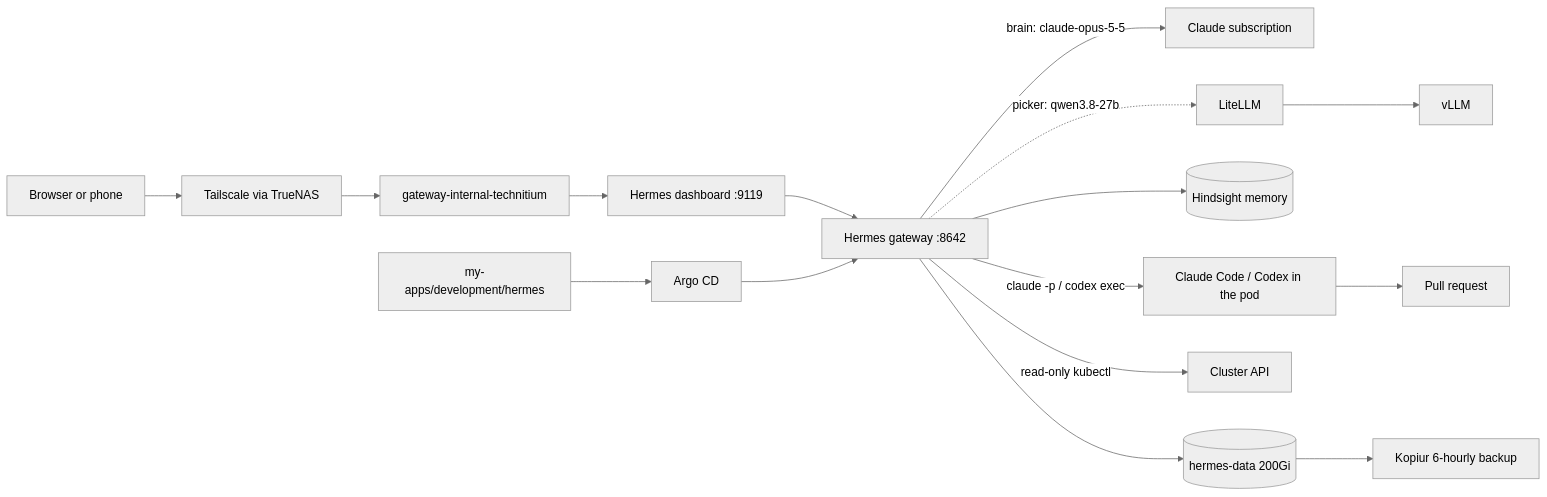
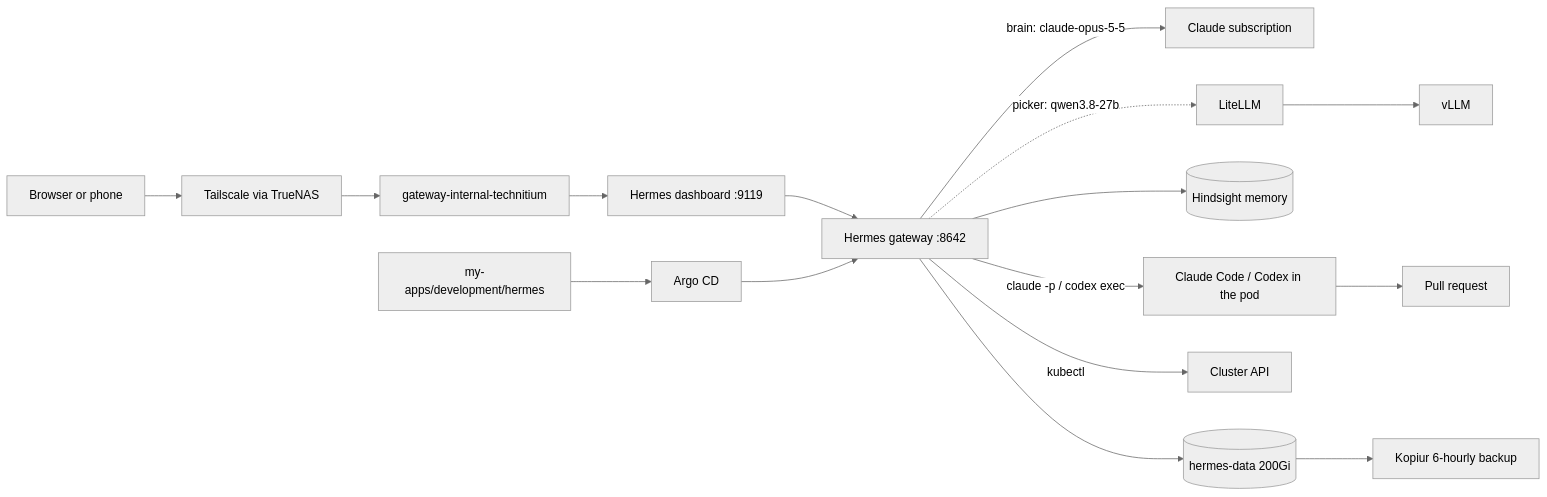
The first of 3 diagrams in docs/domains/ai-gpu/hermes.md (mitchross/talos-argocd-proxmox), drawn with Mermaid (neutral theme) before and after one commit. The commit also changed other lines of this file and 5 other files, not shown here.

````diff
--- a/docs/domains/ai-gpu/hermes.md
+++ b/docs/domains/ai-gpu/hermes.md
@@ -21,12 +21,12 @@
 ```mermaid
 flowchart LR
     Client[Browser or phone] --> TS[Tailscale via TrueNAS] --> GW[gateway-internal-technitium] --> Dash[Hermes dashboard :9119]
     Dash --> Gateway[Hermes gateway :8642]
     Gateway -->|brain: claude-opus-5-5| Anthropic[Claude subscription]
     Gateway -.->|picker: qwen3.8-27b| LiteLLM --> vLLM
     Gateway --> Hindsight[(Hindsight memory)]
     Gateway -->|claude -p / codex exec| Agents[Claude Code / Codex in the pod] --> GitHub[Pull request]
-    Gateway -->|read-only kubectl| K8s[Cluster API]
+    Gateway -->|kubectl| K8s[Cluster API]
     Git[my-apps/development/hermes] --> Argo[Argo CD] --> Gateway
     Gateway --> Vol[(hermes-data 200Gi)] --> Kopiur[Kopiur 6-hourly backup]
 ```
````
